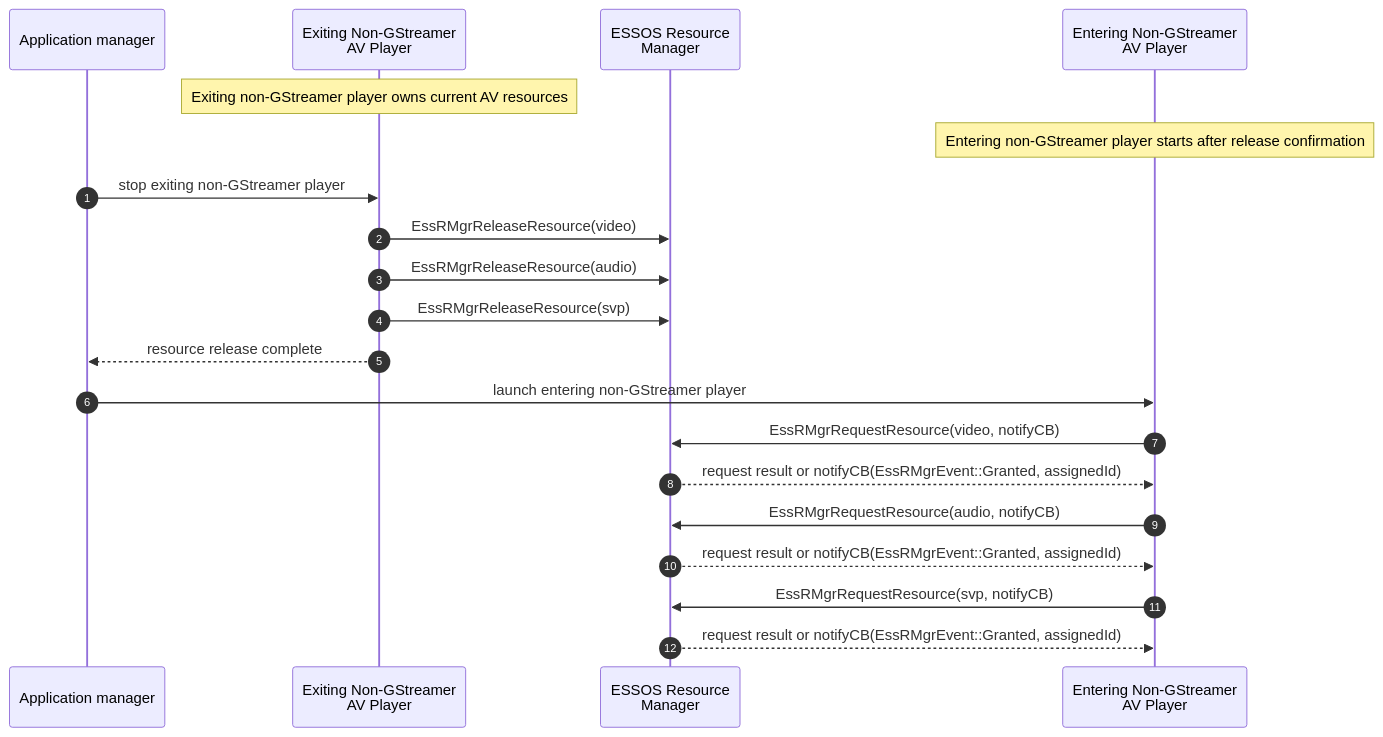
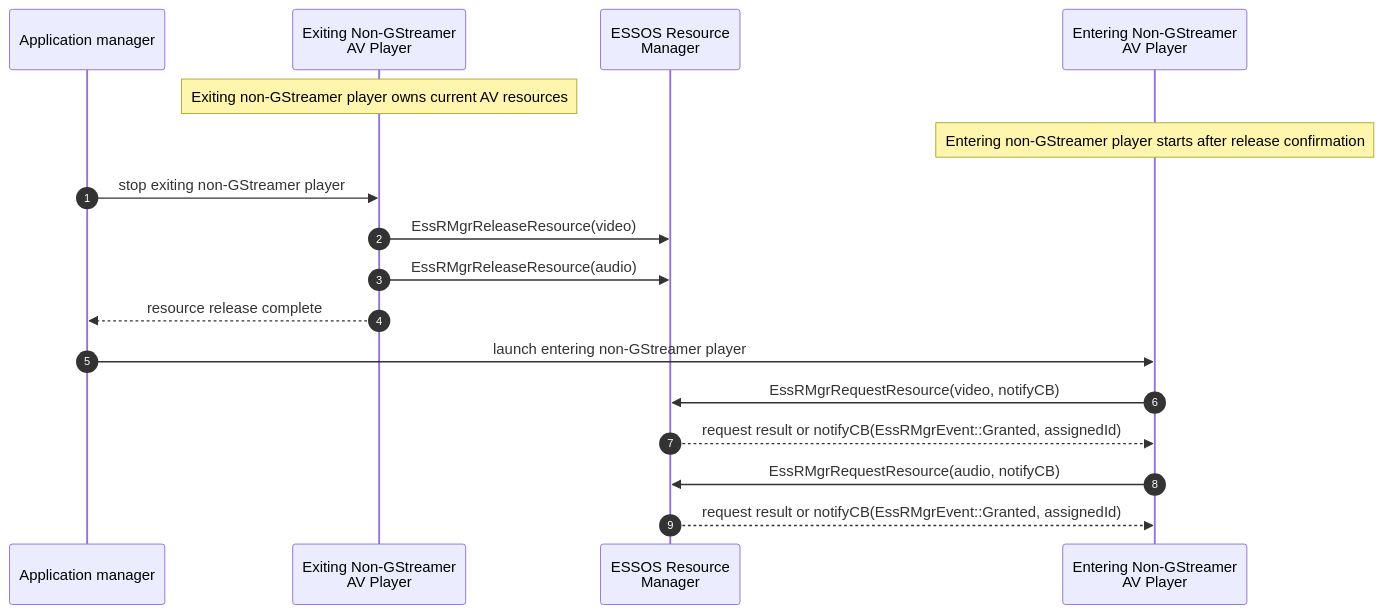
Before and after one commit to rdkcentral/rdk-hpk-documentation: the eighth of 9 diagrams in doc/SPECIFICATION-dual-decode-legacy-av-hal-extension.md, drawn with Mermaid. The commit also changed other lines of this file, not shown here.

First line of the commit message:
docs: clarify SVP in non-GStreamer diagrams and rename gst-svp-ext components

````diff
--- a/doc/SPECIFICATION-dual-decode-legacy-av-hal-extension.md
+++ b/doc/SPECIFICATION-dual-decode-legacy-av-hal-extension.md
@@ -835,25 +824,22 @@
 ```mermaid
 sequenceDiagram
     autonumber
     participant AM as Application manager
     participant APP_NG_EXIT as Exiting Non-GStreamer<br/>AV Player
     participant RM as ESSOS Resource<br/>Manager
     participant APP_NG_ENTER as Entering Non-GStreamer<br/>AV Player
 
     Note over APP_NG_EXIT: Exiting non-GStreamer player owns current AV resources
     Note over APP_NG_ENTER: Entering non-GStreamer player starts after release confirmation
 
     AM->>APP_NG_EXIT: stop exiting non-GStreamer player
     APP_NG_EXIT->>RM: EssRMgrReleaseResource(video)
     APP_NG_EXIT->>RM: EssRMgrReleaseResource(audio)
-    APP_NG_EXIT->>RM: EssRMgrReleaseResource(svp)
     APP_NG_EXIT-->>AM: resource release complete
 
     AM->>APP_NG_ENTER: launch entering non-GStreamer player
     APP_NG_ENTER->>RM: EssRMgrRequestResource(video, notifyCB)
     RM-->>APP_NG_ENTER: request result or notifyCB(EssRMgrEvent::Granted, assignedId)
     APP_NG_ENTER->>RM: EssRMgrRequestResource(audio, notifyCB)
     RM-->>APP_NG_ENTER: request result or notifyCB(EssRMgrEvent::Granted, assignedId)
-    APP_NG_ENTER->>RM: EssRMgrRequestResource(svp, notifyCB)
-    RM-->>APP_NG_ENTER: request result or notifyCB(EssRMgrEvent::Granted, assignedId)
 ```
````
